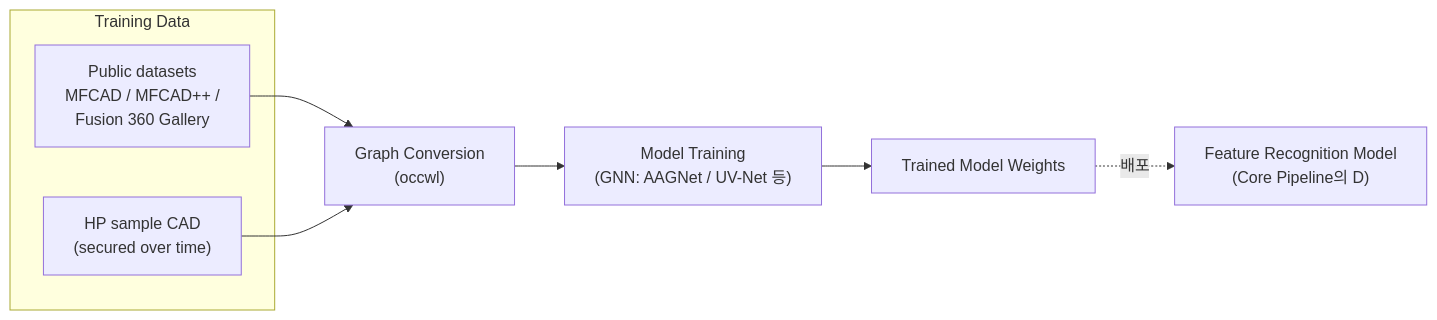
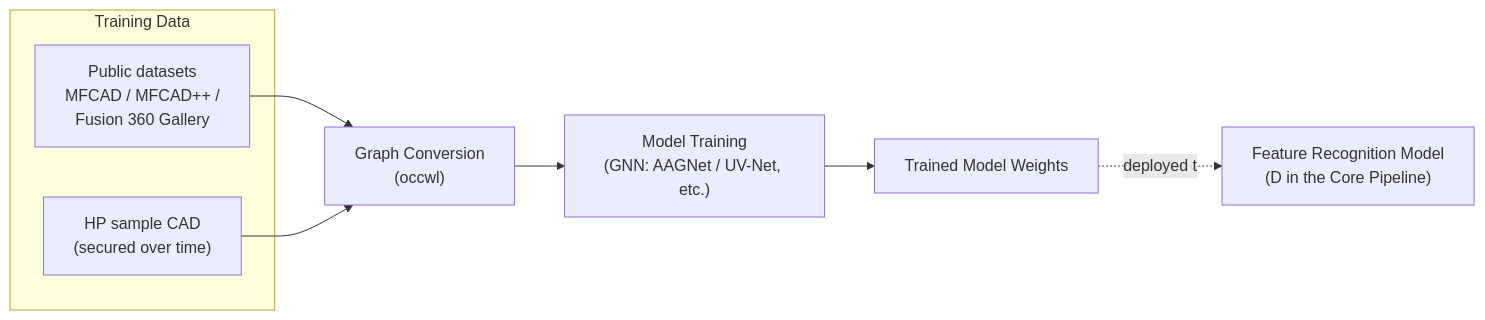
The second of 2 diagrams in docs/architecture.md (Junoh-Lee111/CapstoneProject-HP-Mold-Part-Defeaturing), drawn with Mermaid before and after one commit. The commit also changed other lines of this file and 7 other files, not shown here.

````diff
--- a/docs/architecture.md
+++ b/docs/architecture.md
@@ -42,15 +42,15 @@
 ```mermaid
 flowchart LR
     subgraph DATA["Training Data"]
         K1["Public datasets\nMFCAD / MFCAD++ /\nFusion 360 Gallery"]
         K2["HP sample CAD\n(secured over time)"]
     end
     L["Graph Conversion\n(occwl)"]
-    M["Model Training\n(GNN: AAGNet / UV-Net 등)"]
+    M["Model Training\n(GNN: AAGNet / UV-Net, etc.)"]
     N["Trained Model Weights"]
 
     K1 --> L
     K2 --> L
     L --> M --> N
-    N -.배포.-> D2["Feature Recognition Model\n(Core Pipeline의 D)"]
+    N -.deployed to.-> D2["Feature Recognition Model\n(D in the Core Pipeline)"]
 ```
````
